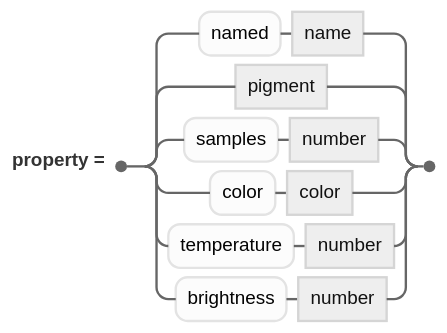
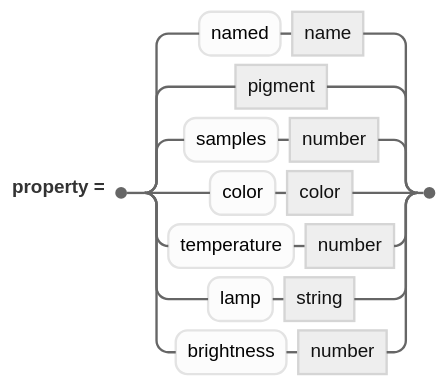
One commit to jskress/RayTracer changed the diagram in docs/diagrams/lights/skyLight.mmd. Above: the diagram before and after it, drawn with Mermaid (neutral theme). The commit also changed 46 other files, not shown here.

```diff
--- a/docs/diagrams/lights/skyLight.mmd
+++ b/docs/diagrams/lights/skyLight.mmd
@@ -1,5 +1,5 @@
 railroad-ebnf-beta
 title "Sky light properties"
 
 property = "named" name | pigment | "samples" number
-         | "color" color | "temperature" number | "brightness" number ;
+         | "color" color | "temperature" number | "lamp" string | "brightness" number ;
```
